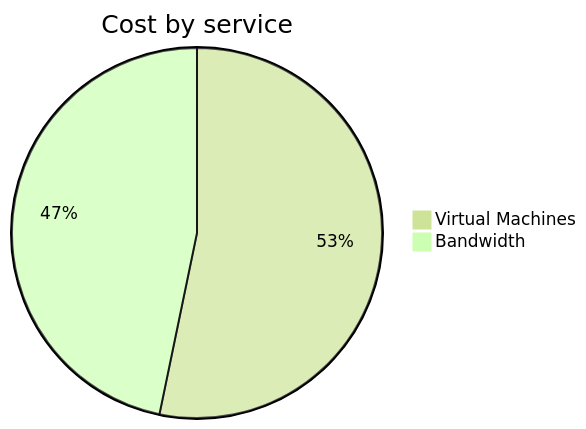
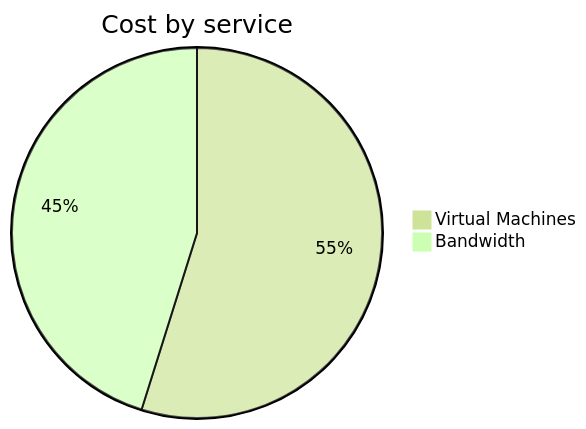
Before and after one commit to jpfulton/azure-personal-reports: the second of 4 diagrams in cost-reports/personal-network/vpn-server.md, drawn with Mermaid (forest theme). The commit also changed other lines of this file and 8 other files, not shown here.

````diff
--- a/cost-reports/personal-network/vpn-server.md
+++ b/cost-reports/personal-network/vpn-server.md
@@ -94,6 +94,6 @@
 ```mermaid
 pie
    title Cost by service
-   "Virtual Machines" : 3.03
+   "Virtual Machines" : 3.23
    "Bandwidth" : 2.66
 ```
````
